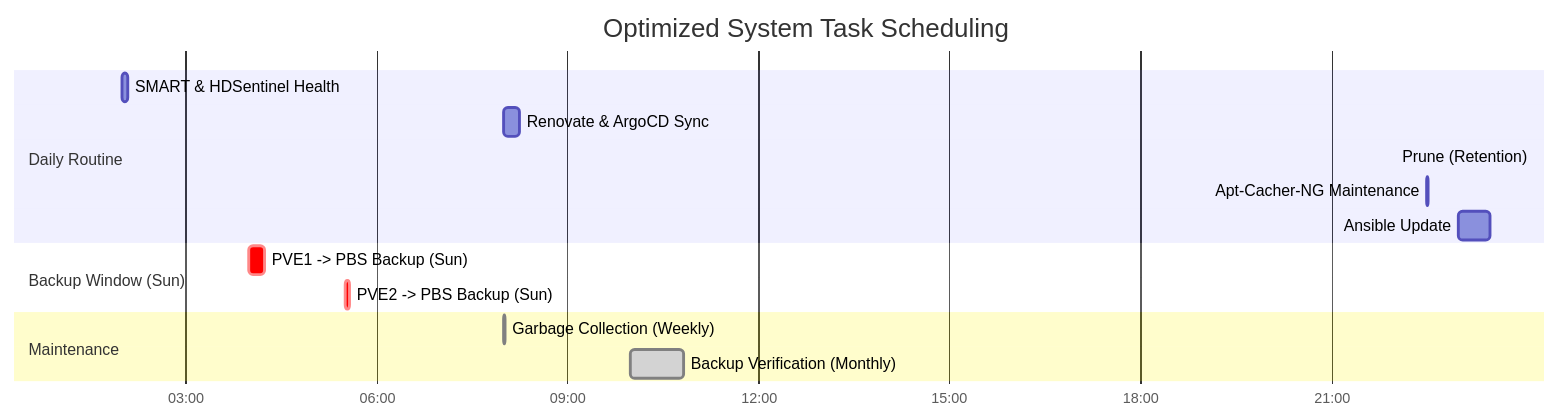
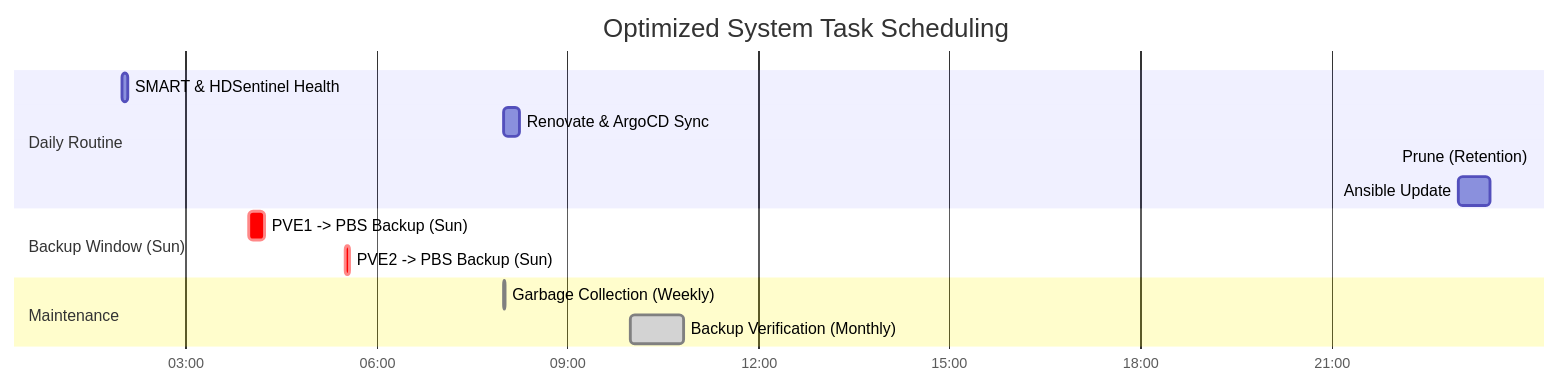
One commit to torokrolf/homelab changed the second of 2 diagrams in 16-Design_Decisions/README.md. Above: the diagram before and after it, drawn with Mermaid. The commit also changed other lines of this file and 14 other files, not shown here.

````diff
--- a/16-Design_Decisions/README.md
+++ b/16-Design_Decisions/README.md
@@ -166,22 +165,21 @@
 ```mermaid
 gantt
     title Optimized System Task Scheduling
     dateFormat  HH:mm
     axisFormat  %H:%M
     todayMarker off
 
     section Daily Routine
     SMART & HDSentinel Health    : 02:00, 6m
     Renovate & ArgoCD Sync       : 08:00, 15m
     Prune (Retention)            : 22:00, 1m
-    Apt-Cacher-NG Maintenance    : 22:30, 1m
     Ansible Update               : 23:00, 30m
 
     section Backup Window (Sun)
     PVE1 -> PBS Backup (Sun)     :crit, 04:00, 15m
     PVE2 -> PBS Backup (Sun)     :crit, 05:30, 5m
 
     section Maintenance
     Garbage Collection (Weekly)  :done, 08:00, 1m
     Backup Verification (Monthly):done, 10:00, 50m
 ```
````
